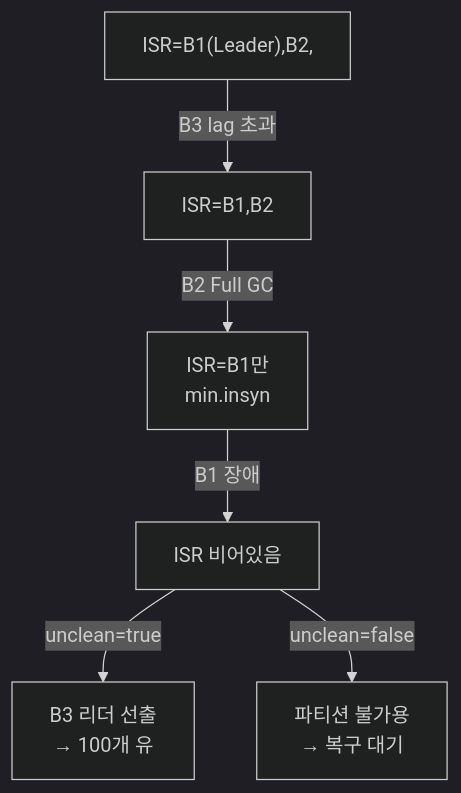
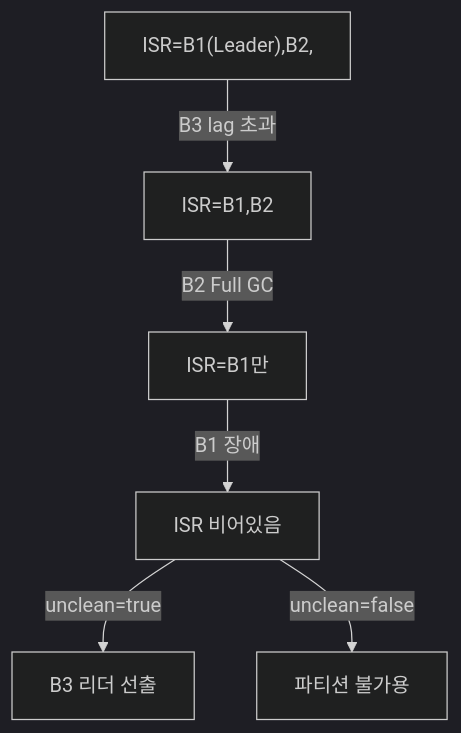
Diagram 12 of 21 in _posts/kafka/2026-05-01-kafka-extreme-scenarios.md (yjkim2015/yjkim2015.github.io), drawn with Mermaid (dark theme) before and after one commit. The commit also changed other lines of this file and 217 other files, not shown here.

First line of the commit message:
Mermaid 크기 수정: useMaxWidth:true + SVG max-width:100% + 라벨 축소

````diff
--- a/_posts/kafka/2026-05-01-kafka-extreme-scenarios.md
+++ b/_posts/kafka/2026-05-01-kafka-extreme-scenarios.md
@@ -358,8 +358,8 @@
 ```mermaid
 graph TD
     S0["ISR=B1(Leader),B2,"] -->|"B3 lag 초과"| S1["ISR=B1,B2"]
-    S1 -->|"B2 Full GC"| S2["ISR=B1만\nmin.insyn"]
+    S1 -->|"B2 Full GC"| S2["ISR=B1만"]
     S2 -->|"B1 장애"| S4["ISR 비어있음"]
-    S4 -->|"unclean=true"| UNCLEAN["B3 리더 선출\n→ 100개 유"]
-    S4 -->|"unclean=false"| CLEAN["파티션 불가용\n→ 복구 대기"]
+    S4 -->|"unclean=true"| UNCLEAN["B3 리더 선출"]
+    S4 -->|"unclean=false"| CLEAN["파티션 불가용"]
 ```
````
